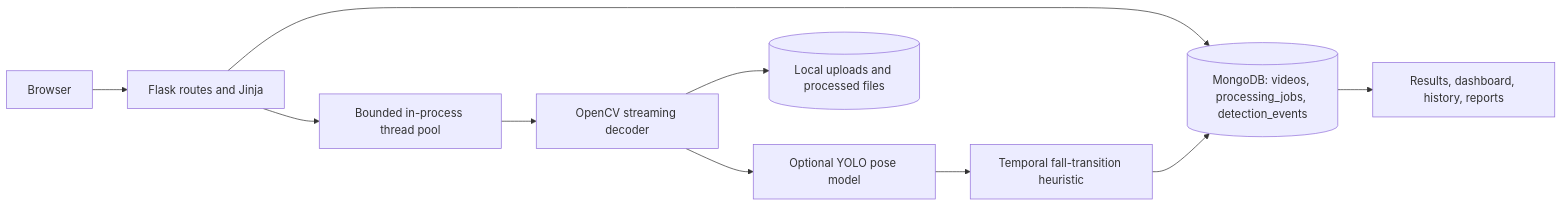
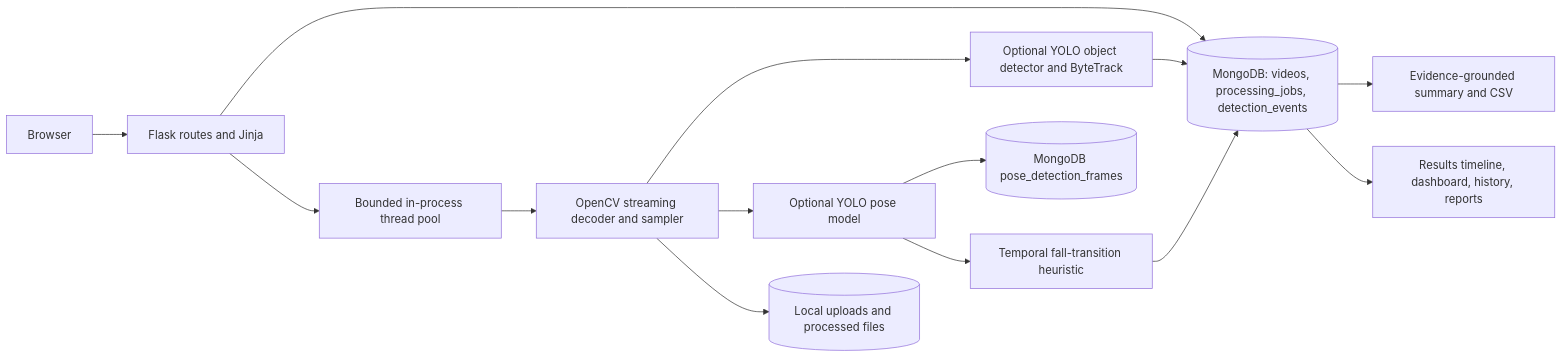
The diagram in README.md (Naina090/Human-Anomaly), drawn with Mermaid before and after one commit. The commit also changed other lines of this file and 29 other files, not shown here.

````diff
--- a/README.md
+++ b/README.md
@@ -92,12 +119,16 @@
 ```mermaid
 flowchart LR
  Browser --> Flask[Flask routes and Jinja]
  Flask --> Mongo[(MongoDB: videos, processing_jobs, detection_events)]
  Flask --> Queue[Bounded in-process thread pool]
- Queue --> CV[OpenCV streaming decoder]
+ Queue --> CV[OpenCV streaming decoder and sampler]
+ CV --> Obj[Optional YOLO object detector and ByteTrack]
+ Obj --> Mongo
  CV --> Pose[Optional YOLO pose model]
+ Pose --> PoseFrames[(MongoDB pose_detection_frames)]
  Pose --> Rule[Temporal fall-transition heuristic]
  CV --> Local[(Local uploads and processed files)]
  Rule --> Mongo
- Mongo --> Pages[Results, dashboard, history, reports]
+ Mongo --> Summary[Evidence-grounded summary and CSV]
+ Mongo --> Pages[Results timeline, dashboard, history, reports]
 ```
````
